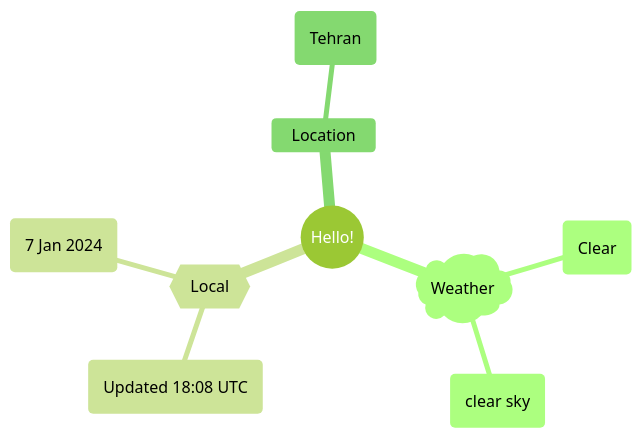
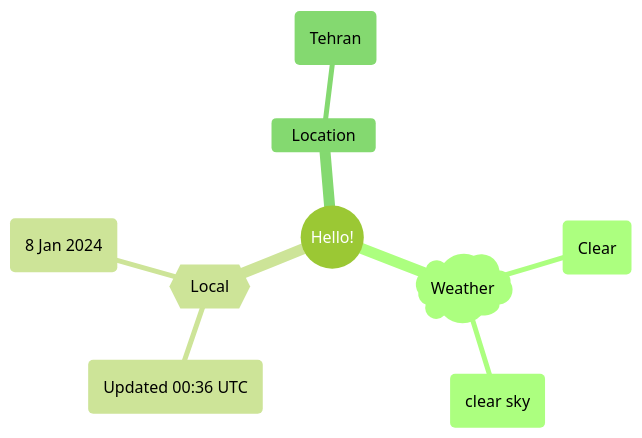
One commit to Xosrov/Xosrov changed the first of 2 diagrams in README.md. Above: the diagram before and after it, drawn with Mermaid (forest theme).

Commit message:
[bot] updated images

````diff
--- a/README.md
+++ b/README.md
@@ -3,12 +3,12 @@
 ```mermaid
 mindmap
   root((Hello!))
     )Weather(
         (Clear)
         (clear sky)
     {{Local}}
-        (Updated 18:08 UTC)
-        (7 Jan 2024)
+        (Updated 00:36 UTC)
+        (8 Jan 2024)
     Location
         (Tehran)
 ```
````
